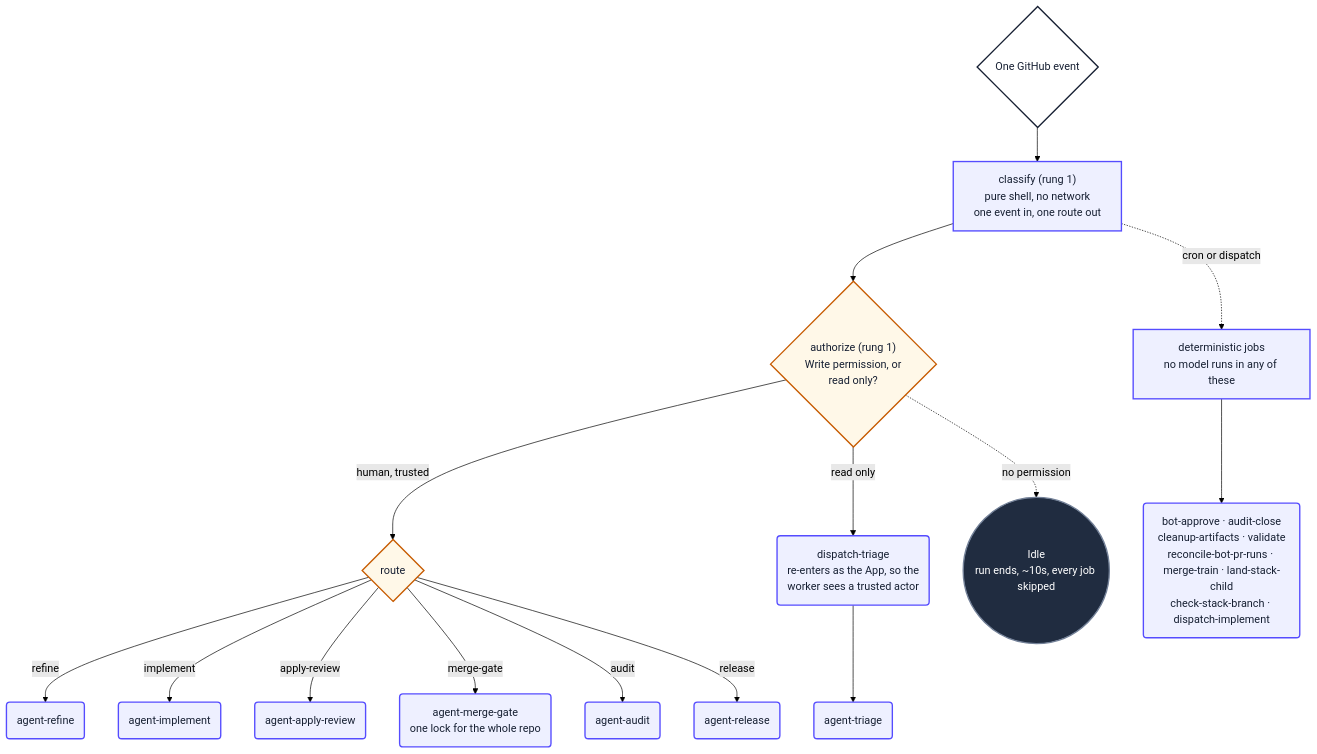
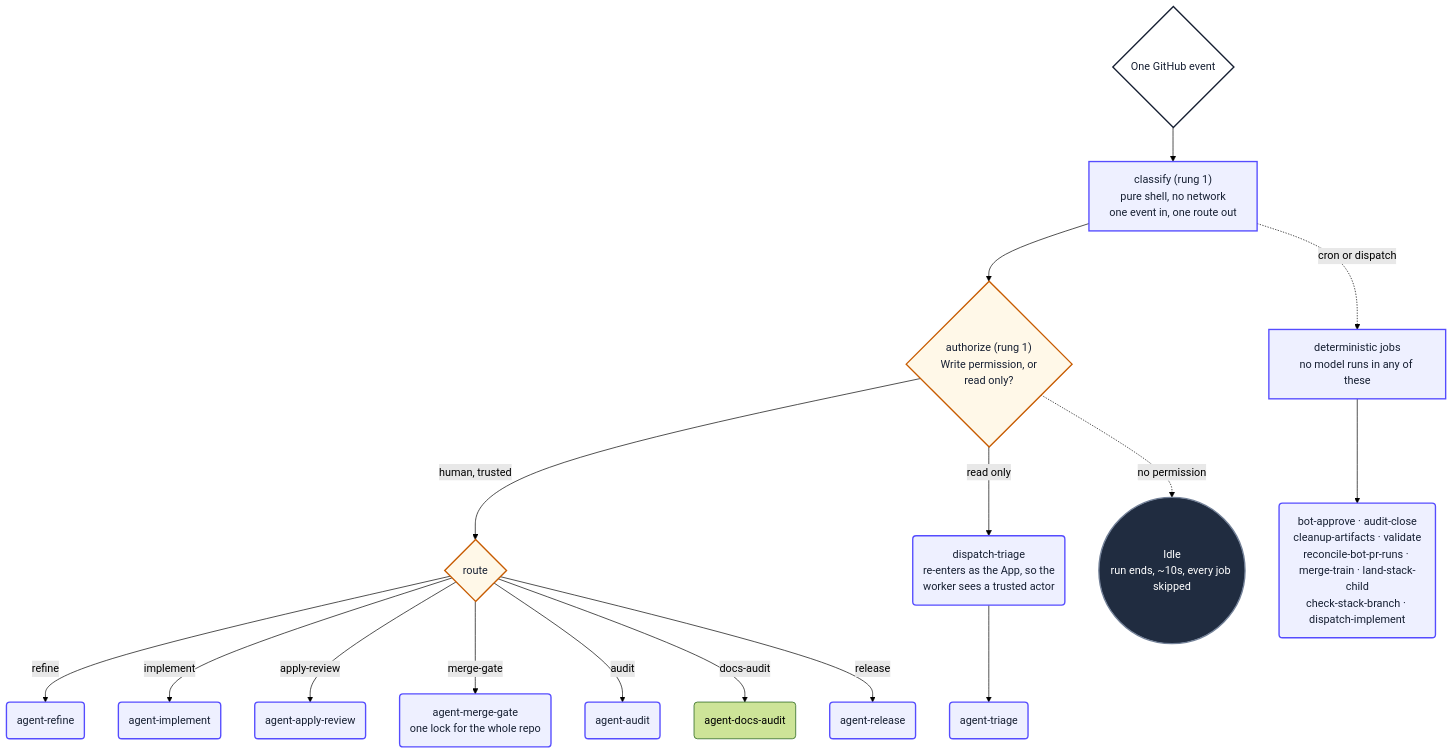
The first of 16 diagrams in loops/docs/diagrams.md (PlainConceptsPlatform/agentic-workflows), drawn with Mermaid (forest theme) before and after one commit. The commit also changed other lines of this file and 26 other files, not shown here.

````diff
--- a/loops/docs/diagrams.md
+++ b/loops/docs/diagrams.md
@@ -38,36 +38,38 @@
 ```mermaid
 flowchart TD
     ev{"One GitHub event"} --> classify
     classify["classify (rung 1)<br/>pure shell, no network<br/>one event in, one route out"] --> authorize
     authorize{"authorize (rung 1)<br/>Write permission, or<br/>read only?"}
     authorize -->|"human, trusted"| work
     authorize -->|"read only"| triageOnly
     authorize -.->|"no permission"| idle
     work{"route"} -->|refine| wRefine
     work -->|implement| wImpl
     work -->|apply-review| wReview
     work -->|merge-gate| wGate
     work -->|audit| wAudit
+    work -->|docs-audit| wDocs
     work -->|release| wRelease
     triageOnly("dispatch-triage<br/>re-enters as the App, so the<br/>worker sees a trusted actor") --> wTriage
     wRefine("agent-refine")
     wImpl("agent-implement")
     wReview("agent-apply-review")
     wGate("agent-merge-gate<br/>one lock for the whole repo")
     wAudit("agent-audit")
+    wDocs("agent-docs-audit")
     wRelease("agent-release")
     wTriage("agent-triage")
     classify -.->|"cron or dispatch"| plumbing
     plumbing["deterministic jobs<br/>no model runs in any of these"] --> pJobs
     pJobs("bot-approve · audit-close<br/>cleanup-artifacts · validate<br/>reconcile-bot-pr-runs · merge-train · land-stack-child<br/>check-stack-branch · dispatch-implement")
     idle(("Idle<br/>run ends, ~10s, every job skipped"))
 
     classDef start fill:#ffffff,stroke:#172033,stroke-width:2px,color:#172033
     classDef action fill:#eef0ff,stroke:#554cff,stroke-width:2px,color:#172033
     classDef decision fill:#fff8e8,stroke:#c75b00,stroke-width:2px,color:#172033
     classDef idle fill:#202c40,stroke:#738198,stroke-width:2px,color:#ffffff
     class ev start
     class classify,triageOnly,plumbing,pJobs,wRefine,wImpl,wReview,wGate,wAudit,wRelease,wTriage action
     class authorize,work decision
     class idle idle
 ```
````
